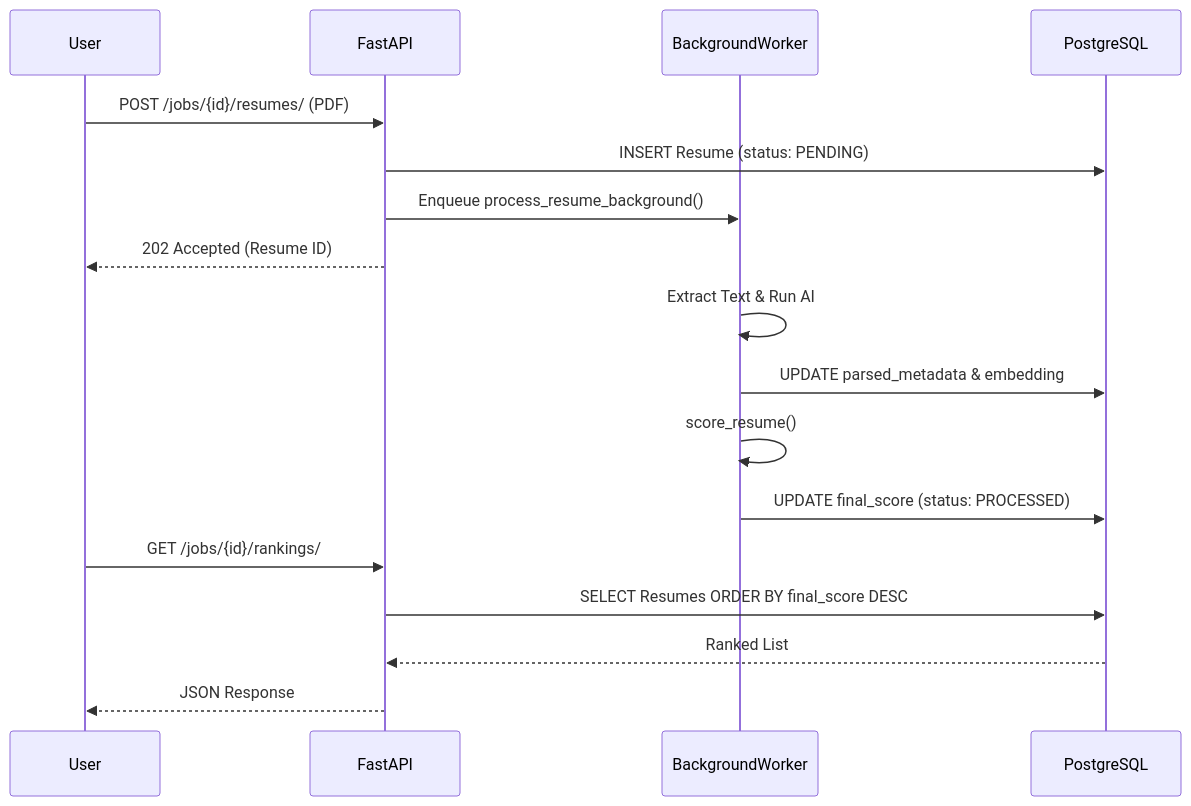
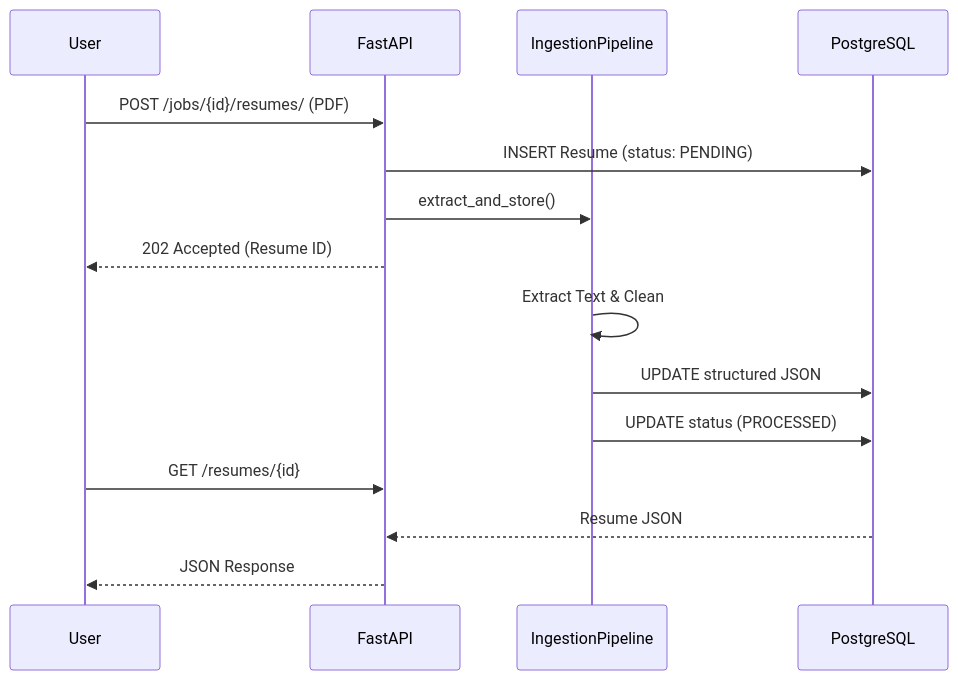
Before and after one commit to vanshbahl/resume-screener: the fourth of 4 diagrams in docs/04_APP_FLOW.md, drawn with Mermaid. The commit also changed other lines of this file and 2 other files, not shown here.

````diff
--- a/docs/04_APP_FLOW.md
+++ b/docs/04_APP_FLOW.md
@@ -77,22 +58,20 @@
 ```mermaid
 sequenceDiagram
     participant User
     participant FastAPI
-    participant BackgroundWorker
+    participant IngestionPipeline
     participant PostgreSQL
 
     User->>FastAPI: POST /jobs/{id}/resumes/ (PDF)
     FastAPI->>PostgreSQL: INSERT Resume (status: PENDING)
-    FastAPI->>BackgroundWorker: Enqueue process_resume_background()
+    FastAPI->>IngestionPipeline: extract_and_store()
     FastAPI-->>User: 202 Accepted (Resume ID)
     
-    BackgroundWorker->>BackgroundWorker: Extract Text & Run AI
-    BackgroundWorker->>PostgreSQL: UPDATE parsed_metadata & embedding
-    BackgroundWorker->>BackgroundWorker: score_resume()
-    BackgroundWorker->>PostgreSQL: UPDATE final_score (status: PROCESSED)
+    IngestionPipeline->>IngestionPipeline: Extract Text & Clean
+    IngestionPipeline->>PostgreSQL: UPDATE structured JSON
+    IngestionPipeline->>PostgreSQL: UPDATE status (PROCESSED)
     
-    User->>FastAPI: GET /jobs/{id}/rankings/
-    FastAPI->>PostgreSQL: SELECT Resumes ORDER BY final_score DESC
-    PostgreSQL-->>FastAPI: Ranked List
+    User->>FastAPI: GET /resumes/{id}
+    PostgreSQL-->>FastAPI: Resume JSON
     FastAPI-->>User: JSON Response
 ```
````
